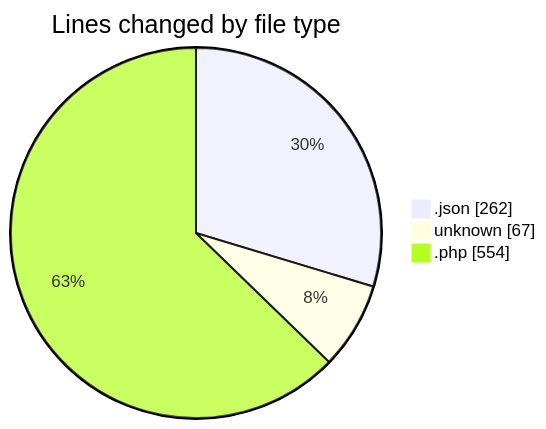
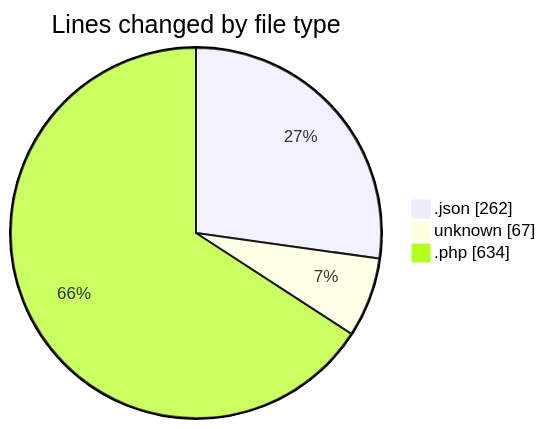
The first of 2 diagrams in 2025-10-05/laravel-penyewaan-lapangan-futsal/README.md (idhammustaqopulfikri/code-tracking), drawn with Mermaid before and after one commit. The commit also changed other lines of this file and 1 other file, not shown here.

````diff
--- a/2025-10-05/laravel-penyewaan-lapangan-futsal/README.md
+++ b/2025-10-05/laravel-penyewaan-lapangan-futsal/README.md
@@ -27,7 +27,7 @@
 ```mermaid
 pie showData
 title Lines changed by file type
 ".json" : 262
 "unknown" : 67
-".php" : 554
+".php" : 634
 ```
````
